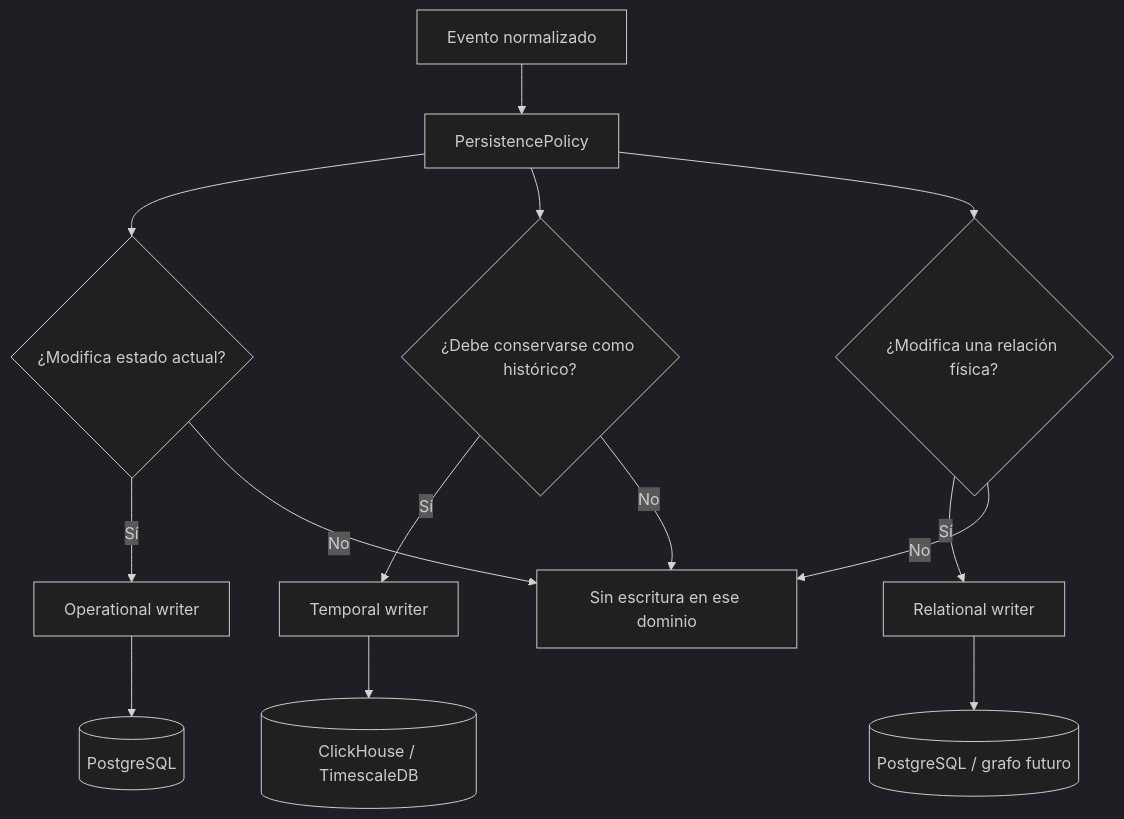
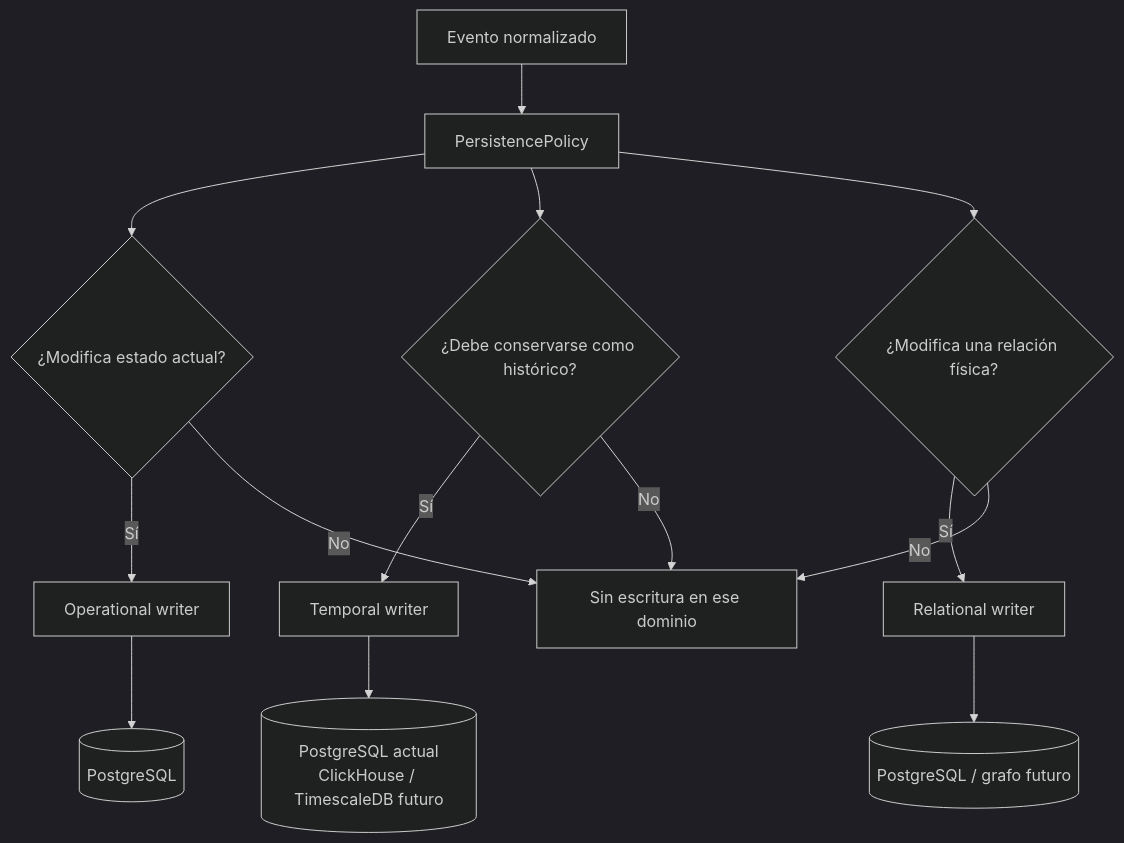
One commit to dfr2098/broder changed the sixth of 9 diagrams in core/rs/ARCHITECTURE.md. Above: the diagram before and after it, drawn with Mermaid (dark theme). The commit also changed other lines of this file and 88 other files, not shown here.

````diff
--- a/core/rs/ARCHITECTURE.md
+++ b/core/rs/ARCHITECTURE.md
@@ -84,19 +284,19 @@
 ```mermaid
 flowchart TD
     EVENT[Evento normalizado] --> POLICY[PersistencePolicy]
     POLICY --> OP{¿Modifica estado actual?}
     POLICY --> HIS{¿Debe conservarse como histórico?}
     POLICY --> GRA{¿Modifica una relación física?}
 
     OP -->|Sí| OPW[Operational writer]
     HIS -->|Sí| HISW[Temporal writer]
     GRA -->|Sí| GRAW[Relational writer]
 
     OPW --> PG[(PostgreSQL)]
-    HISW --> TS[(ClickHouse / TimescaleDB)]
+    HISW --> TS[(PostgreSQL actual<br/>ClickHouse / TimescaleDB futuro)]
     GRAW --> GRAPH[(PostgreSQL / grafo futuro)]
 
     OP -->|No| END[Sin escritura en ese dominio]
     HIS -->|No| END
     GRA -->|No| END
 ```
````
